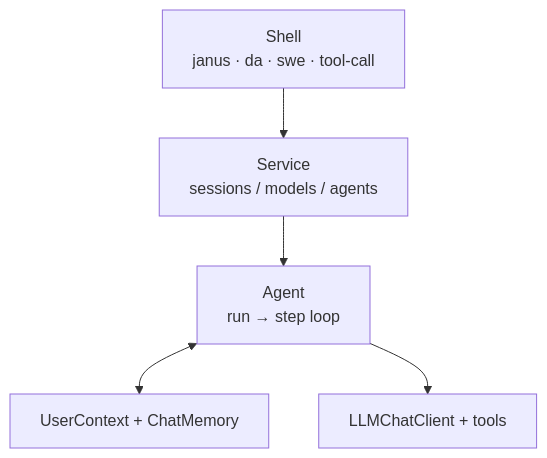
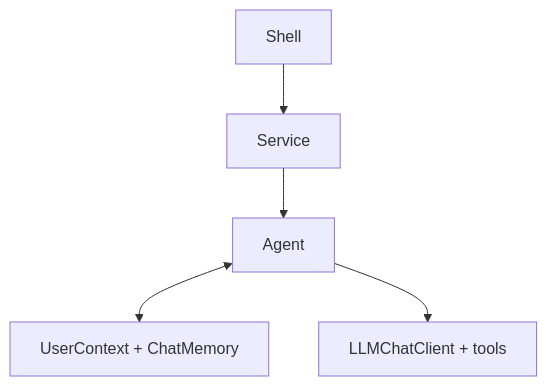
The first of 6 diagrams in core/docs/AGENT-FLOW.en.md (jixie-wish/Janus), drawn with Mermaid before and after one commit. The commit also changed other lines of this file, not shown here.

````diff
--- a/core/docs/AGENT-FLOW.en.md
+++ b/core/docs/AGENT-FLOW.en.md
@@ -11,12 +31,12 @@
 ```mermaid
 flowchart TB
-    CLI["Shell<br/>janus · da · swe · tool-call"]
-    SVC["Service<br/>sessions / models / agents"]
-    AG["Agent<br/>run → step loop"]
+    CLI["Shell"]
+    SVC["Service"]
+    AG["Agent"]
     CTX["UserContext + ChatMemory"]
     LLM["LLMChatClient + tools"]
 
     CLI --> SVC --> AG
     AG <--> CTX
     AG --> LLM
 ```
````
